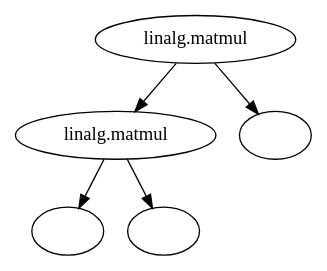
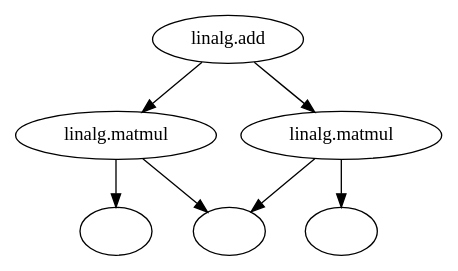
Before and after one commit to saralahlou1/MLEgg: the diagram in out.gv, drawn with Graphviz. The commit also changed 12 other files, not shown here.

```diff
--- a/out.gv
+++ b/out.gv
@@ -1,12 +1,15 @@
 digraph {
-	0 [label="linalg.matmul"];
-	1 [label=""];
-	2 [label=""];
-	3 [label="linalg.matmul"];
-	5 [label=""];
+	0 [label="linalg.matmul", rows=3, columns=4];
+	1 [label="", rows=3, columns=2];
+	2 [label="", rows=2, columns=4];
+	3 [label="linalg.matmul", rows=3, columns=4];
+	5 [label="", rows=2, columns=4];
+	6 [label="linalg.add", rows=3, columns=4];
 
 	0 -> 1;
 	0 -> 2;
-	3 -> 0;
+	3 -> 1;
 	3 -> 5;
+	6 -> 0;
+	6 -> 3;
 }
```
